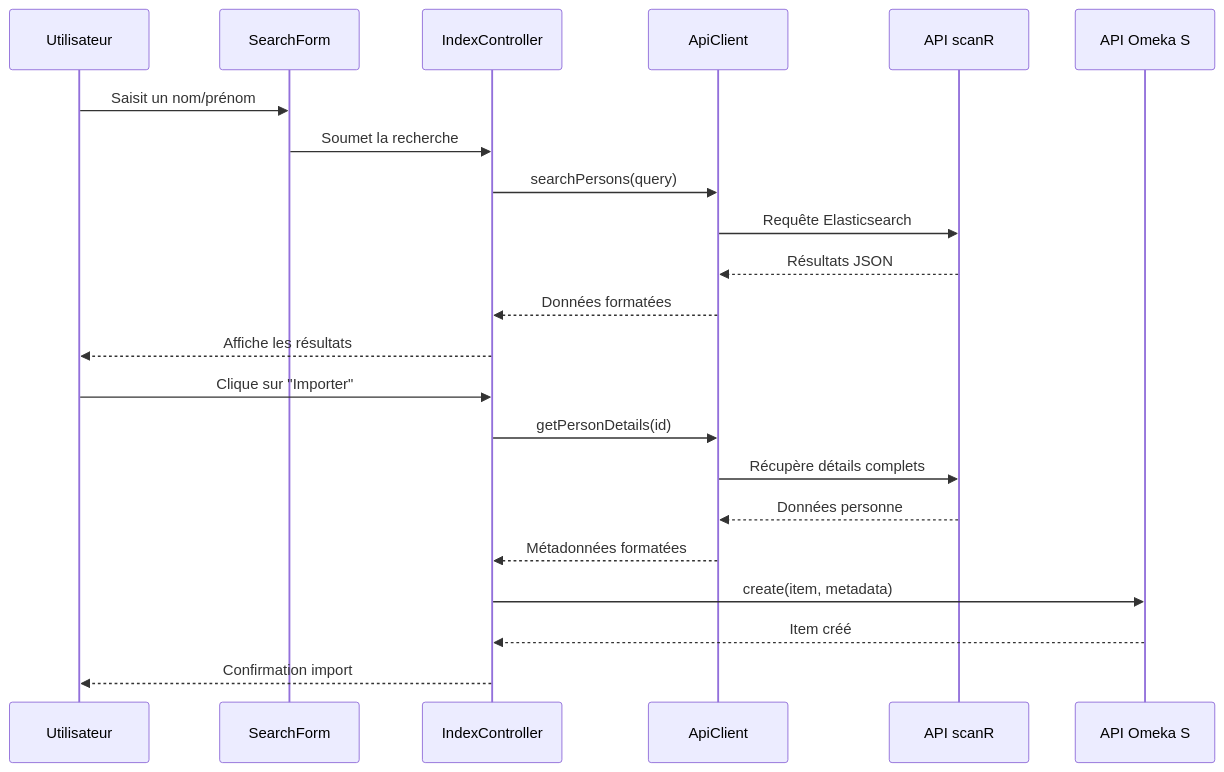
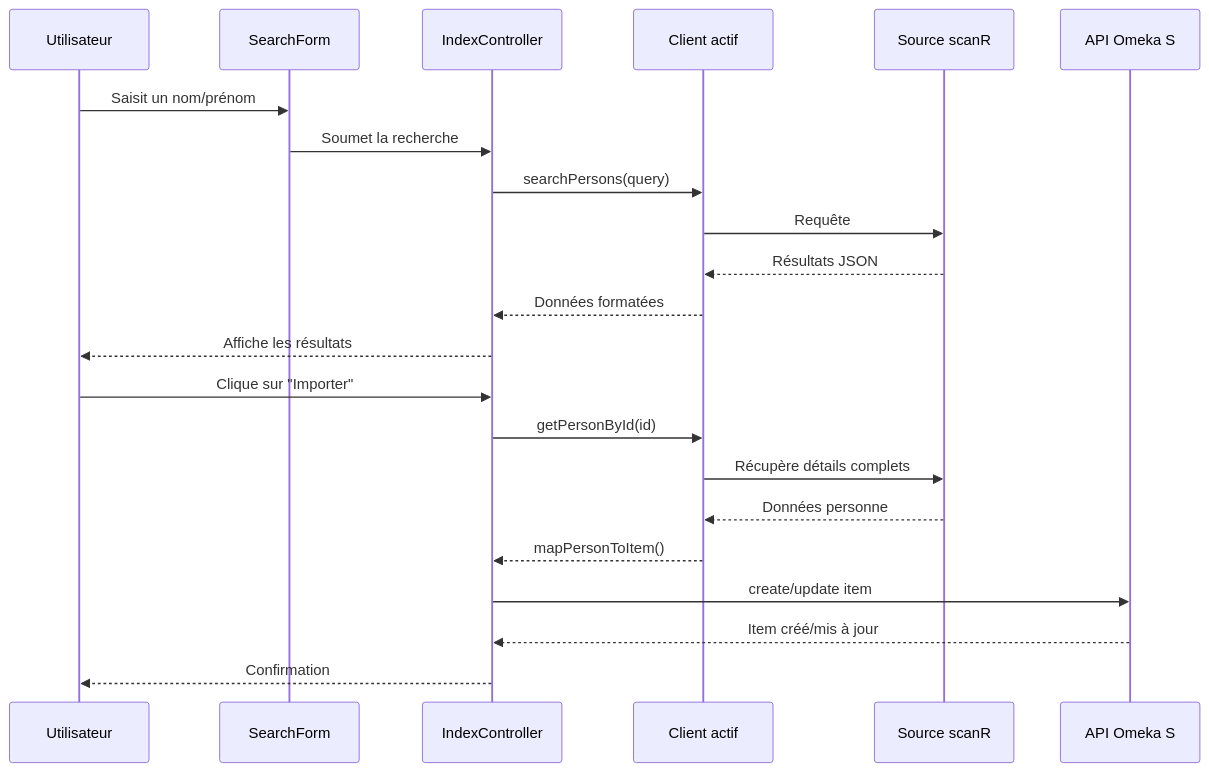
One commit to samszo/Omeka-S-module-Scanr changed the second of 3 diagrams in README.md. Above: the diagram before and after it, drawn with Mermaid. The commit also changed other lines of this file, not shown here.

First line of the commit message:
docs: Mettre à jour la documentation pour refléter les fonctionnalités actuelles

````diff
--- a/README.md
+++ b/README.md
@@ -57,26 +89,26 @@
 ```mermaid
 sequenceDiagram
     participant User as Utilisateur
     participant Form as SearchForm
     participant Ctrl as IndexController
-    participant API as ApiClient
-    participant Scanr as API scanR
+    participant Client as Client actif
+    participant Scanr as Source scanR
     participant Omeka as API Omeka S
-    
+
     User->>Form: Saisit un nom/prénom
     Form->>Ctrl: Soumet la recherche
-    Ctrl->>API: searchPersons(query)
-    API->>Scanr: Requête Elasticsearch
-    Scanr-->>API: Résultats JSON
-    API-->>Ctrl: Données formatées
+    Ctrl->>Client: searchPersons(query)
+    Client->>Scanr: Requête
+    Scanr-->>Client: Résultats JSON
+    Client-->>Ctrl: Données formatées
     Ctrl-->>User: Affiche les résultats
-    
+
     User->>Ctrl: Clique sur "Importer"
-    Ctrl->>API: getPersonDetails(id)
-    API->>Scanr: Récupère détails complets
-    Scanr-->>API: Données personne
-    API-->>Ctrl: Métadonnées formatées
-    Ctrl->>Omeka: create(item, metadata)
-    Omeka-->>Ctrl: Item créé
-    Ctrl-->>User: Confirmation import
+    Ctrl->>Client: getPersonById(id)
+    Client->>Scanr: Récupère détails complets
+    Scanr-->>Client: Données personne
+    Client-->>Ctrl: mapPersonToItem()
+    Ctrl->>Omeka: create/update item
+    Omeka-->>Ctrl: Item créé/mis à jour
+    Ctrl-->>User: Confirmation
 ```
````
